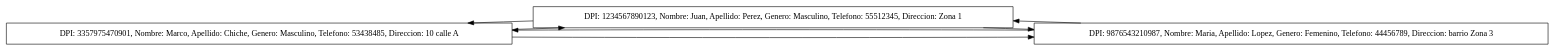
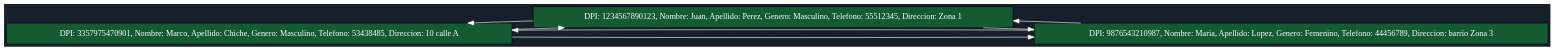
The diagram in Rapidito/Lista_Dob.dot (Marco131-xel/Edd_Proyecto2), drawn with Graphviz before and after one commit. The commit also changed 7 other files, not shown here.

```diff
--- a/Rapidito/Lista_Dob.dot
+++ b/Rapidito/Lista_Dob.dot
@@ -1,13 +1,15 @@
 digraph G {
+bgcolor="#17202a";
+node [shape=record, style=filled, fillcolor="#145a32", fontcolor=white];
+edge [color=white];
 rankdir=LR;
-node [shape=record];
 nodo0 [label="DPI: 3357975470901, Nombre:  Marco, Apellido:  Chiche, Genero:  Masculino, Telefono:  53438485, Direccion:  10 calle A"];
 nodo1 [label="DPI: 1234567890123, Nombre:  Juan, Apellido:  Perez, Genero:  Masculino, Telefono:  55512345, Direccion:  Zona 1"];
 nodo2 [label="DPI: 9876543210987, Nombre:  Maria, Apellido:  Lopez, Genero:  Femenino, Telefono:  44456789, Direccion:  barrio Zona 3"];
 nodo0 -> nodo1;
 nodo1 -> nodo0;
 nodo1 -> nodo2;
 nodo2 -> nodo1;
 nodo2 -> nodo0;
 nodo0 -> nodo2;
 }
```
